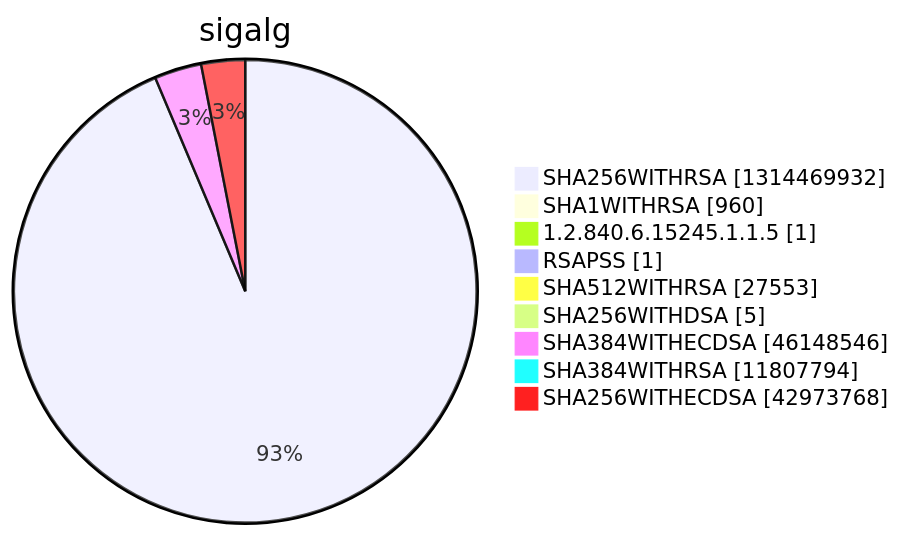
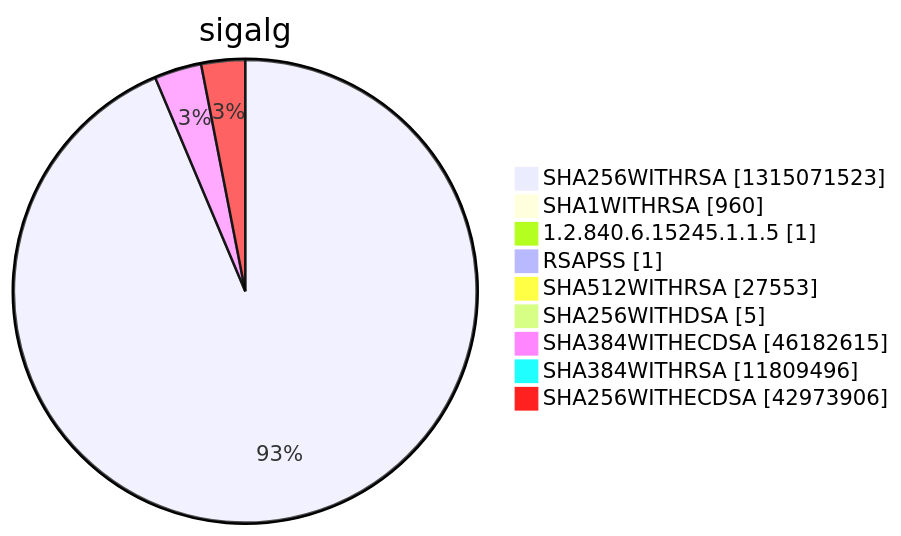
Before and after one commit to christiankrug/ctmonitor_visualization: diagram 15 of 15 in argon2022/README.md, drawn with Mermaid. The commit also changed other lines of this file, not shown here.

````diff
--- a/argon2022/README.md
+++ b/argon2022/README.md
@@ -5523,13 +5524,13 @@
 ```mermaid
 pie showData
 title sigalg
-"SHA256WITHRSA" :1314469932
+"SHA256WITHRSA" :1315071523
 "SHA1WITHRSA" :960
 "1.2.840.6.15245.1.1.5" :1
 "RSAPSS" :1
 "SHA512WITHRSA" :27553
 "SHA256WITHDSA" :5
-"SHA384WITHECDSA" :46148546
-"SHA384WITHRSA" :11807794
-"SHA256WITHECDSA" :42973768
+"SHA384WITHECDSA" :46182615
+"SHA384WITHRSA" :11809496
+"SHA256WITHECDSA" :42973906
 ```
````
